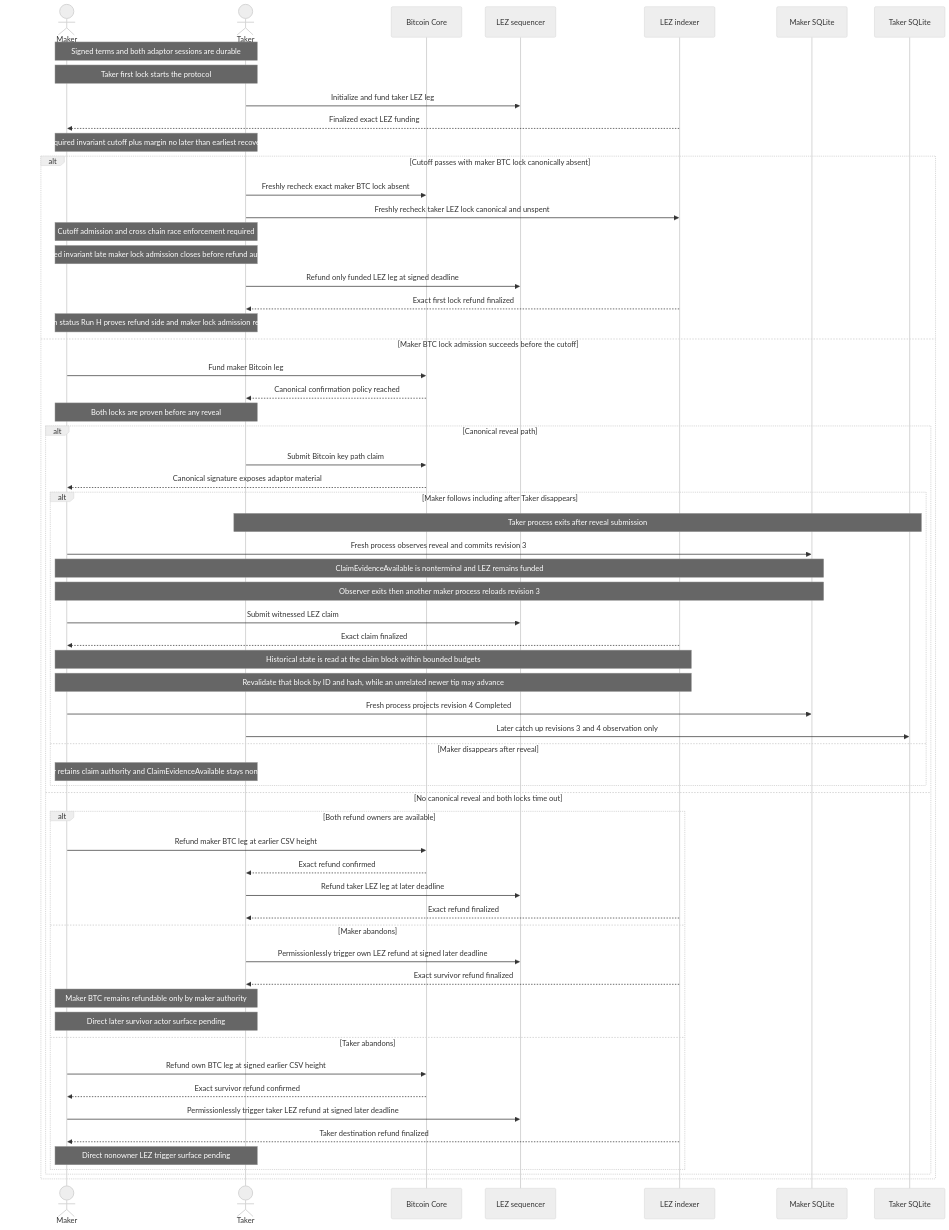
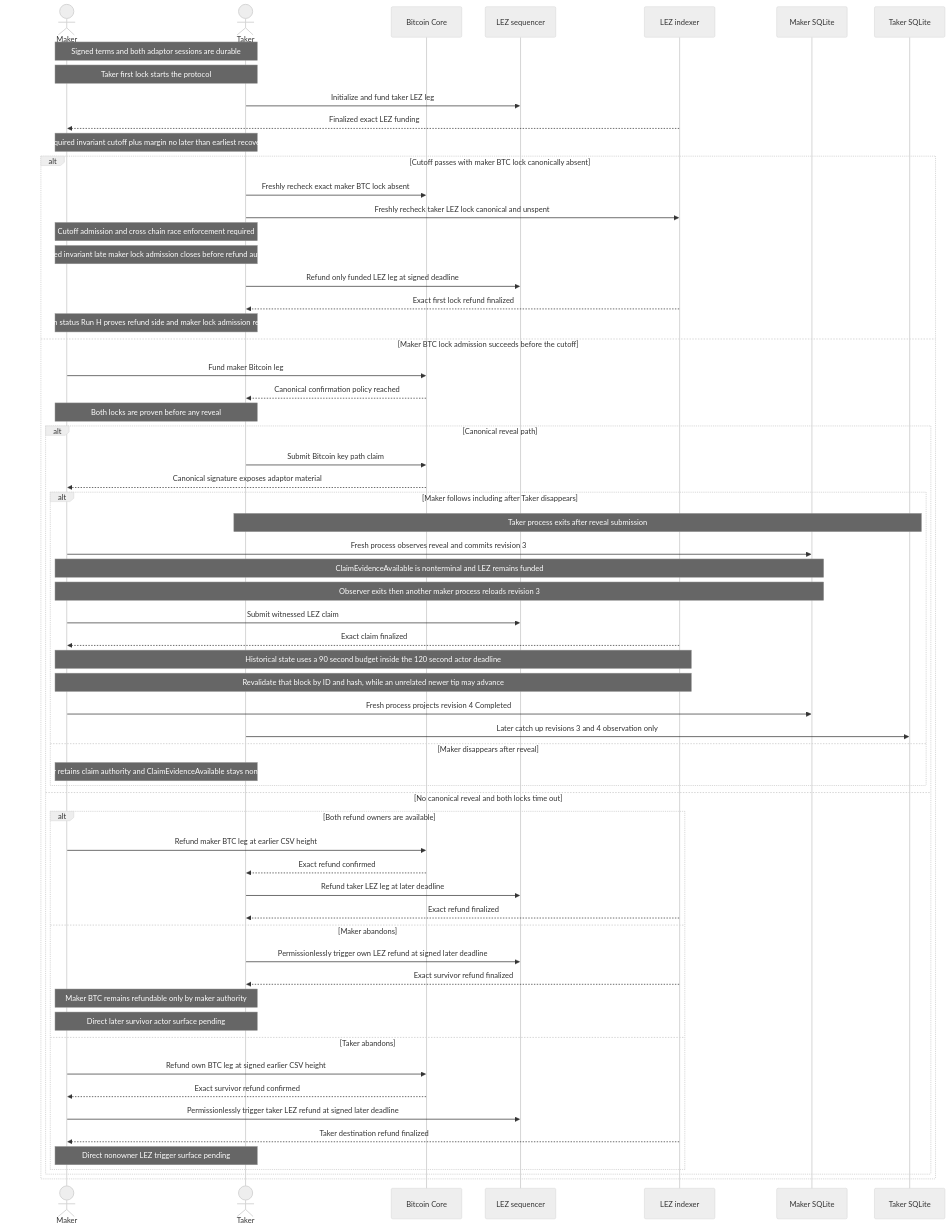
One commit to gateway-fm/lez-atomic-swaps changed diagram 16 of 24 in docs/architecture/system-architecture.md. Above: the diagram before and after it, drawn with Mermaid (neutral theme). The commit also changed other lines of this file and 6 other files, not shown here.

````diff
--- a/docs/architecture/system-architecture.md
+++ b/docs/architecture/system-architecture.md
@@ -1587,65 +1590,65 @@
 ```mermaid
 sequenceDiagram
     actor Maker
     actor Taker
     participant Bitcoin as Bitcoin Core
     participant LezSeq as LEZ sequencer
     participant LezIdx as LEZ indexer
     participant MakerStore as Maker SQLite
     participant TakerStore as Taker SQLite
 
     Note over Maker,Taker: Signed terms and both adaptor sessions are durable
     Note over Maker,Taker: Taker first lock starts the protocol
     Taker->>LezSeq: Initialize and fund taker LEZ leg
     LezIdx-->>Maker: Finalized exact LEZ funding
     Note over Maker,Taker: Required invariant cutoff plus margin no later than earliest recovery
     alt Cutoff passes with maker BTC lock canonically absent
         Taker->>Bitcoin: Freshly recheck exact maker BTC lock absent
         Taker->>LezIdx: Freshly recheck taker LEZ lock canonical and unspent
         Note over Maker,Taker: Cutoff admission and cross chain race enforcement required
         Note over Maker,Taker: Required invariant late maker lock admission closes before refund authority
         Taker->>LezSeq: Refund only funded LEZ leg at signed deadline
         LezIdx-->>Taker: Exact first lock refund finalized
         Note over Maker,Taker: Implementation status Run H proves refund side and maker lock admission remains pending
     else Maker BTC lock admission succeeds before the cutoff
         Maker->>Bitcoin: Fund maker Bitcoin leg
         Bitcoin-->>Taker: Canonical confirmation policy reached
         Note over Maker,Taker: Both locks are proven before any reveal
         alt Canonical reveal path
             Taker->>Bitcoin: Submit Bitcoin key path claim
             Bitcoin-->>Maker: Canonical signature exposes adaptor material
             alt Maker follows including after Taker disappears
                 Note over Taker,TakerStore: Taker process exits after reveal submission
                 Maker->>MakerStore: Fresh process observes reveal and commits revision 3
                 Note over Maker,MakerStore: ClaimEvidenceAvailable is nonterminal and LEZ remains funded
                 Note over Maker,MakerStore: Observer exits then another maker process reloads revision 3
                 Maker->>LezSeq: Submit witnessed LEZ claim
                 LezIdx-->>Maker: Exact claim finalized
-                Note over Maker,LezIdx: Historical state is read at the claim block within bounded budgets
+                Note over Maker,LezIdx: Historical state uses a 90 second budget inside the 120 second actor deadline
                 Note over Maker,LezIdx: Revalidate that block by ID and hash, while an unrelated newer tip may advance
                 Maker->>MakerStore: Fresh process projects revision 4 Completed
                 Taker->>TakerStore: Later catch up revisions 3 and 4 observation only
             else Maker disappears after reveal
                 Note over Maker,Taker: Follower retains claim authority and ClaimEvidenceAvailable stays nonterminal
             end
         else No canonical reveal and both locks time out
             alt Both refund owners are available
                 Maker->>Bitcoin: Refund maker BTC leg at earlier CSV height
                 Bitcoin-->>Taker: Exact refund confirmed
                 Taker->>LezSeq: Refund taker LEZ leg at later deadline
                 LezIdx-->>Taker: Exact refund finalized
             else Maker abandons
                 Taker->>LezSeq: Permissionlessly trigger own LEZ refund at signed later deadline
                 LezIdx-->>Taker: Exact survivor refund finalized
                 Note over Maker,Taker: Maker BTC remains refundable only by maker authority
                 Note over Maker,Taker: Direct later survivor actor surface pending
             else Taker abandons
                 Maker->>Bitcoin: Refund own BTC leg at signed earlier CSV height
                 Bitcoin-->>Maker: Exact survivor refund confirmed
                 Maker->>LezSeq: Permissionlessly trigger taker LEZ refund at signed later deadline
                 LezIdx-->>Maker: Taker destination refund finalized
                 Note over Maker,Taker: Direct nonowner LEZ trigger surface pending
             end
         end
     end
 ```
````
